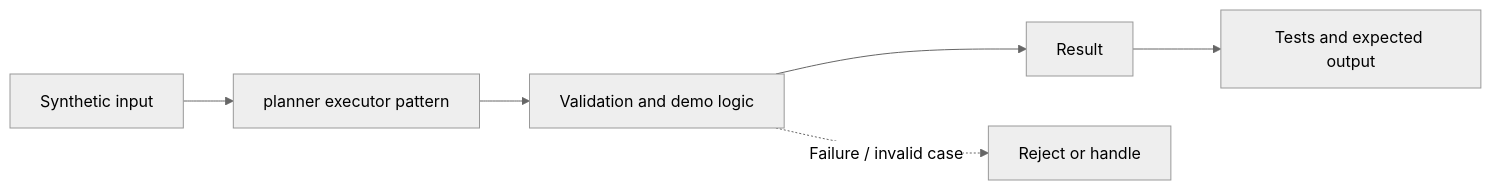
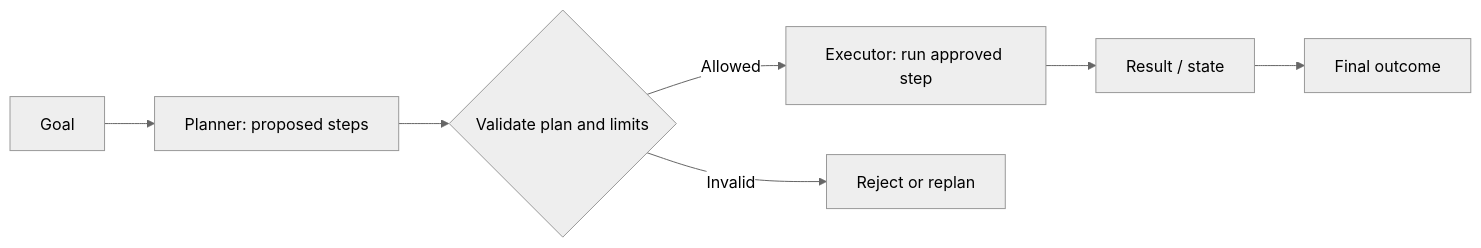
Before and after one commit to akkhil2012/AgenticSamplesPrincipalEngineer: the diagram in docs/architecture.md, drawn with Mermaid (neutral theme). The commit also changed other lines of this file, not shown here.

Commit message:
docs: add concept-specific architecture flow

````diff
--- a/docs/architecture.md
+++ b/docs/architecture.md
@@ -3,8 +5,9 @@
 ```mermaid
 flowchart LR
- A["Synthetic input"] --> B["planner executor pattern"]
- B --> C["Validation and demo logic"]
- C --> D["Result"]
- C -. "Failure / invalid case" .-> E["Reject or handle"]
- D --> F["Tests and expected output"]
+ G["Goal"] --> P["Planner: proposed steps"]
+ P --> V{"Validate plan and limits"}
+ V -->|Allowed| E["Executor: run approved step"]
+ E --> S["Result / state"]
+ S --> O["Final outcome"]
+ V -->|Invalid| X["Reject or replan"]
 ```
````
